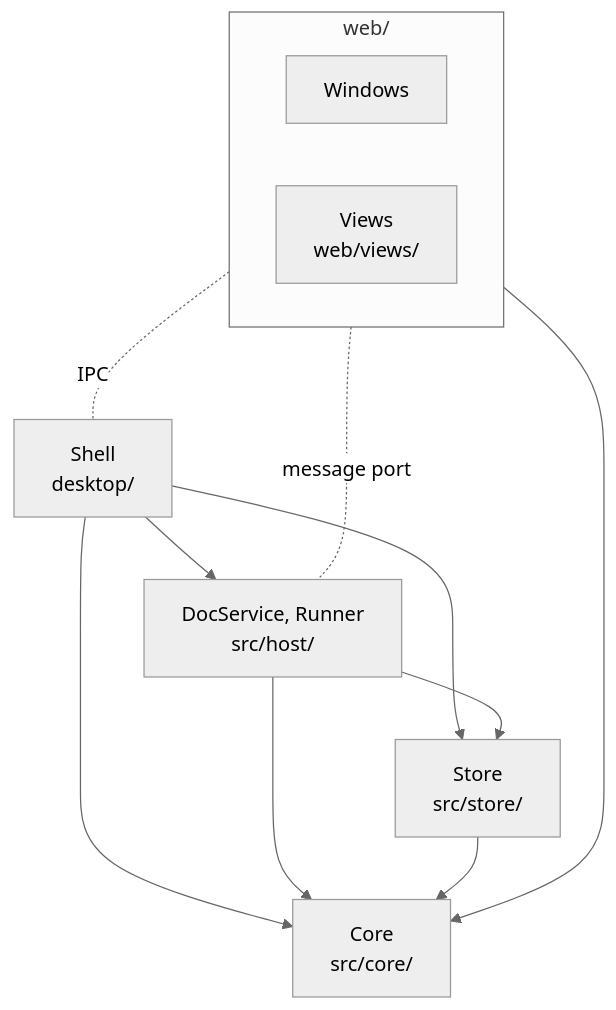
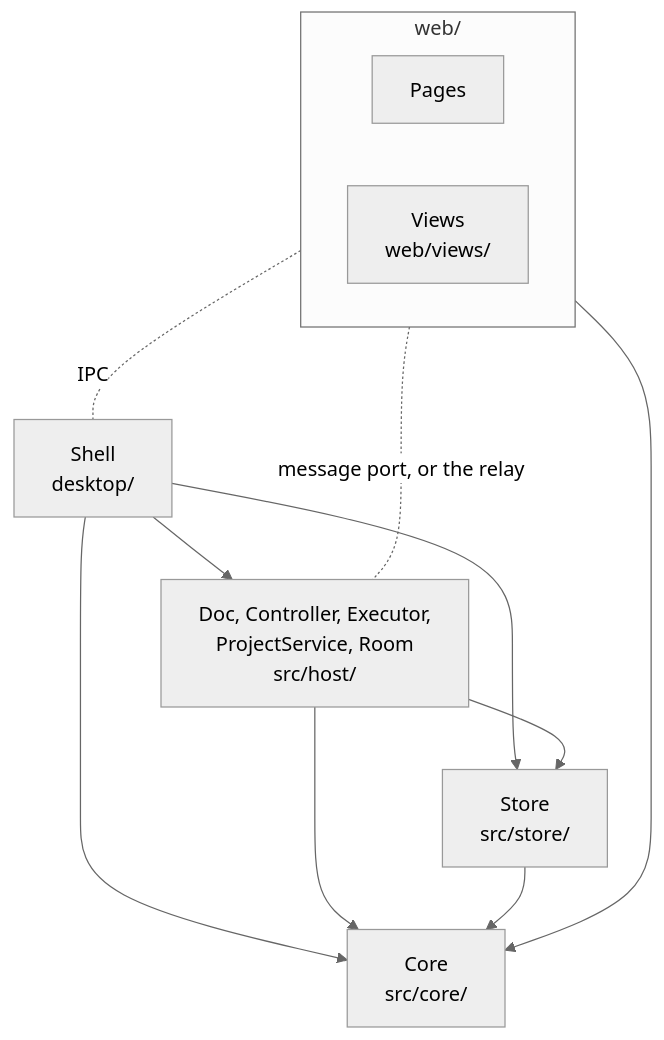
The second of 2 diagrams in docs/architecture.md (ponjo-app/ponjo), drawn with Mermaid (neutral theme) before and after one commit. The commit also changed other lines of this file and 12 other files, not shown here.

First line of the commit message:
Rewrite the architecture doc around the final design

````diff
--- a/docs/architecture.md
+++ b/docs/architecture.md
@@ -94,17 +504,17 @@
 ```mermaid
 flowchart TD
   subgraph web["web/"]
-    windows["Windows"]
+    windows["Pages"]
     views["Views<br>web/views/"]
   end
   shell["Shell<br>desktop/"]
-  host["DocService, Runner<br>src/host/"]
+  host["Doc, Controller, Executor,<br>ProjectService, Room<br>src/host/"]
   store["Store<br>src/store/"]
   core["Core<br>src/core/"]
   shell --> host & store & core
   host --> store & core
   web --> core
   store --> core
   web -. IPC .- shell
-  web -. message port .- host
+  web -. "message port, or the relay" .- host
 ```
````
